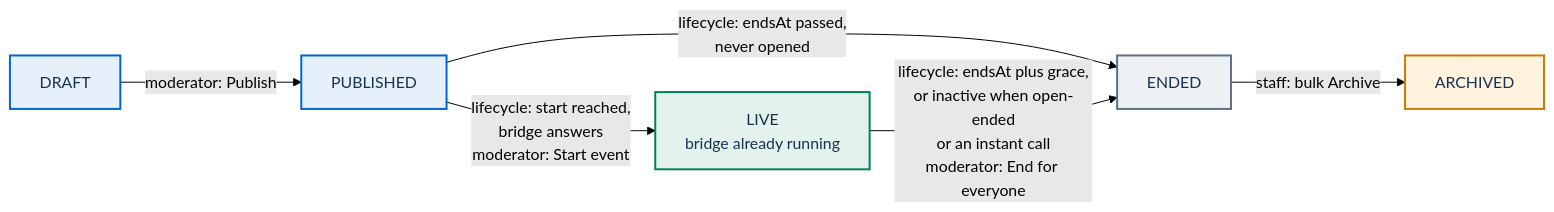
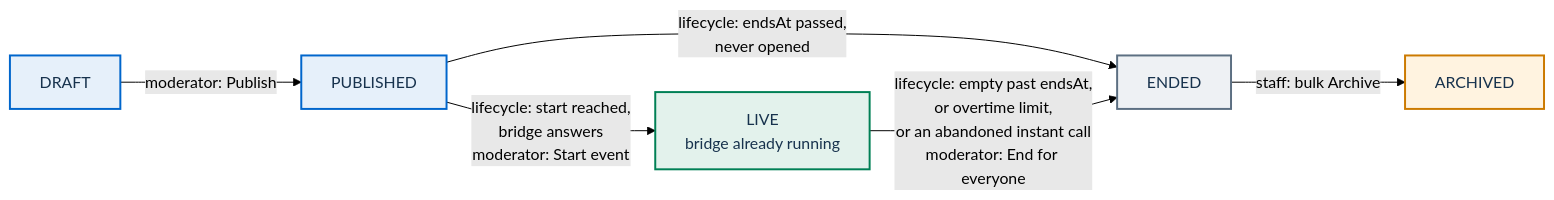
One commit to italia/pa-webinar changed the third of 4 diagrams in docs/architecture/event-lifecycle.md. Above: the diagram before and after it, drawn with Mermaid (forest theme). The commit also changed other lines of this file and 50 other files, not shown here.

````diff
--- a/docs/architecture/event-lifecycle.md
+++ b/docs/architecture/event-lifecycle.md
@@ -241,19 +241,19 @@
 ```mermaid
 flowchart LR
   classDef human fill:#E6F0FA,stroke:#0066CC,stroke-width:2px,color:#17324D
   classDef live fill:#E3F2EC,stroke:#008055,stroke-width:2px,color:#17324D
   classDef terminal fill:#EEF1F4,stroke:#5C6F82,stroke-width:2px,color:#17324D
   classDef cron fill:#FFF3E0,stroke:#CC7A00,stroke-width:2px,color:#17324D
 
   D["DRAFT"]:::human
   P["PUBLISHED"]:::human
   L["LIVE<br/>bridge already running"]:::live
   E["ENDED"]:::terminal
   A["ARCHIVED"]:::cron
 
   D -->|"moderator: Publish"| P
   P -->|"lifecycle: start reached,<br/>bridge answers<br/>moderator: Start event"| L
   P -->|"lifecycle: endsAt passed,<br/>never opened"| E
-  L -->|"lifecycle: endsAt plus grace,<br/>or inactive when open-ended<br/>or an instant call<br/>moderator: End for everyone"| E
+  L -->|"lifecycle: empty past endsAt,<br/>or overtime limit,<br/>or an abandoned instant call<br/>moderator: End for everyone"| E
   E -->|"staff: bulk Archive"| A
 ```
````
